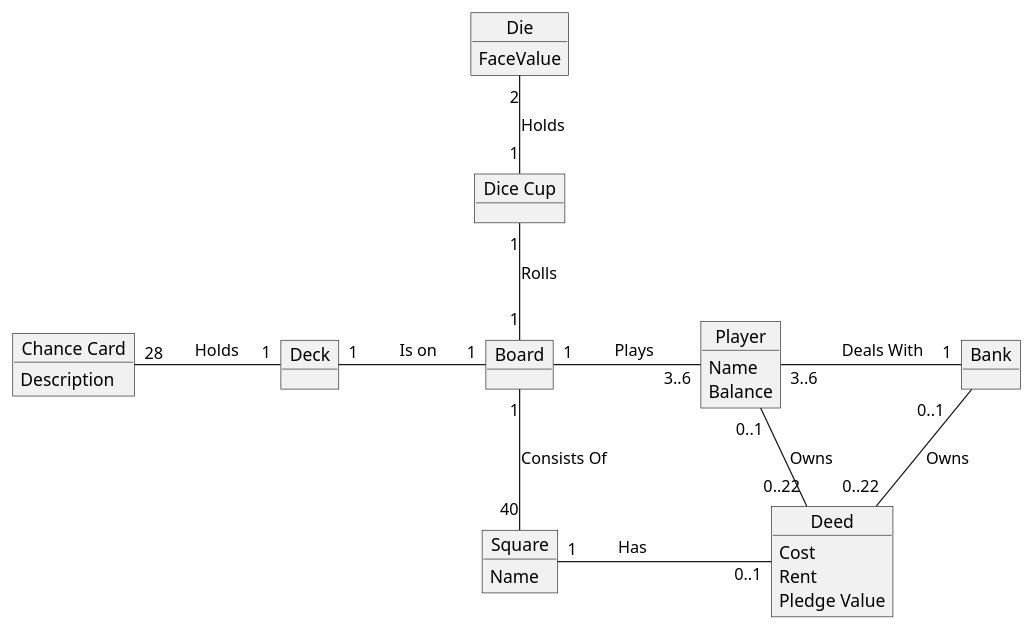
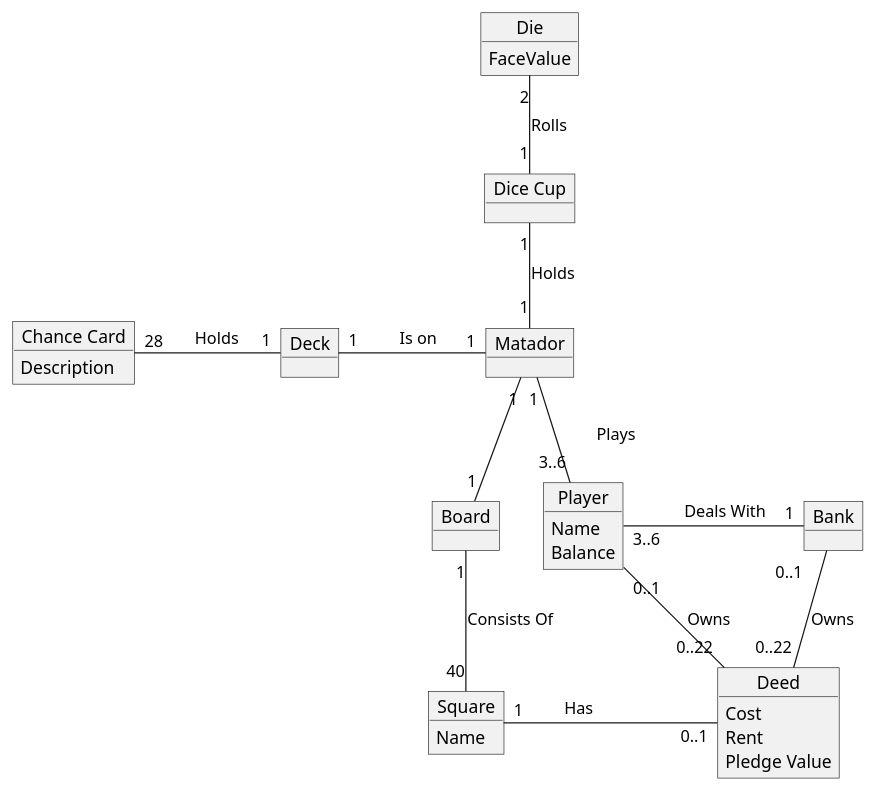
One commit to Greve2001/CDIO-final changed the diagram in diagrams/domain_model.puml. Above: the diagram before and after it, drawn with PlantUML.

Commit message:
updated relations and added Matador object

```diff
--- a/diagrams/domain_model.puml
+++ b/diagrams/domain_model.puml
@@ -1,37 +1,39 @@
 @startuml
 
 object Board
 object Player
 object Die
 object "Dice Cup" as dicecup
 object Bank
 object "Chance Card" as chance
 object Deck
 object Square
 object Deed
+object Matador
 
 Die : FaceValue
 Player : Name
 Player : Balance
 chance : Description
 Deed : Cost
 Deed : Rent
 Deed : Pledge Value
 Square : Name
 
-Board "1" -r- "3..6" Player : \t Plays \t
+Matador "1" -r- "3..6" Player : \t Plays \t
 Player "3..6" -r- "1" Bank : \t Deals With \t
 
-Board "1" -u- "1" dicecup : Rolls
-dicecup "1" -u- "2" Die : Holds
+Matador "1" -u- "1" dicecup : Holds
+dicecup "1" -u- "2" Die : Rolls
 
 Deck "1" -l- "28" chance : \t Holds \t
-Board "1" -l- "1" Deck : \t Is on \t
+Matador "1" -l- "1" Deck : \t Is on \t
 
+Board "1" -u- "1" Matador
 Board "1" -d- "40" Square : Consists Of\t
 
 Square "1" -r- "0..1" Deed : \t Has \t\t\t
 Bank "0..1    " -- "     0..22" Deed : Owns
 Player "0..1" -- "0..22" Deed : Owns
 
 @enduml
```
